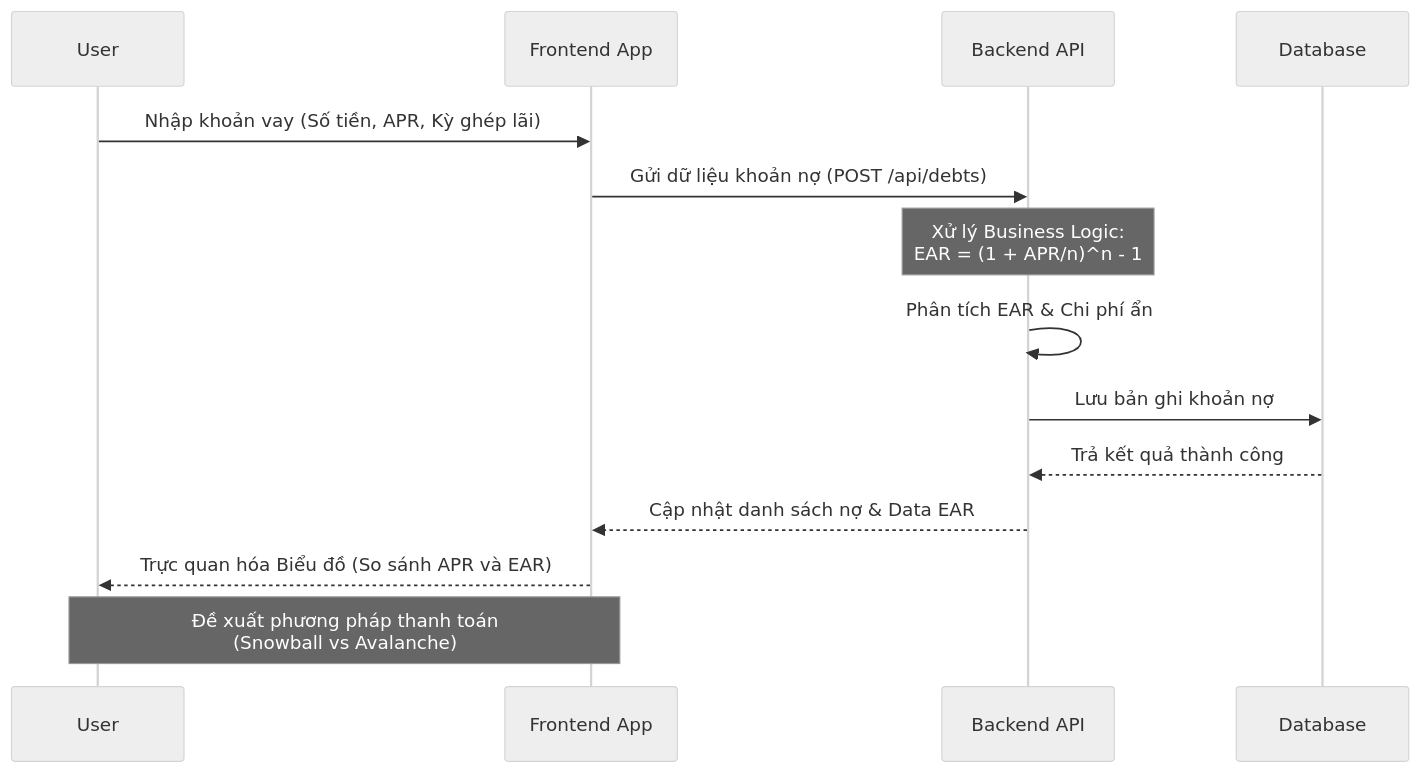
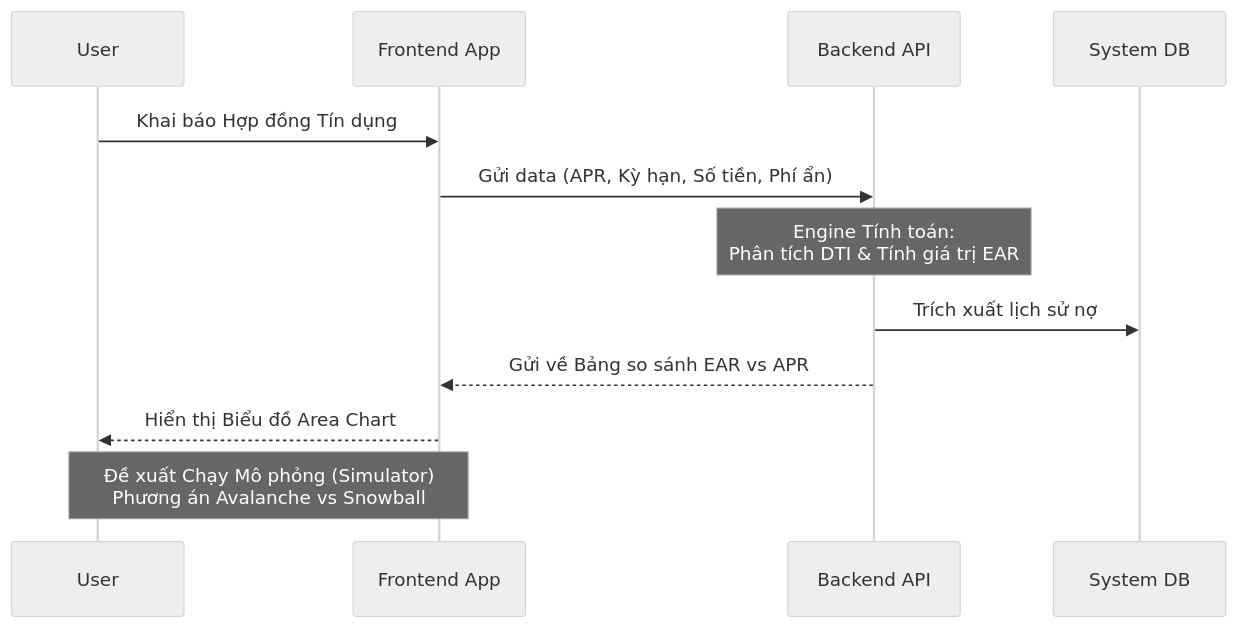
Before and after one commit to maaitlunghau/finance-webdev-adventure: the second of 2 diagrams in README.md, drawn with Mermaid (neutral theme). The commit also changed other lines of this file, not shown here.

````diff
--- a/README.md
+++ b/README.md
@@ -89,17 +92,15 @@
 ```mermaid
 sequenceDiagram
     participant U as User
     participant F as Frontend App
     participant B as Backend API
-    participant DB as Database
+    participant DB as System DB
 
-    U->>F: Nhập khoản vay (Số tiền, APR, Kỳ ghép lãi)
-    F->>B: Gửi dữ liệu khoản nợ (POST /api/debts)
-    Note over B: Xử lý Business Logic:<br/>EAR = (1 + APR/n)^n - 1
-    B->>B: Phân tích EAR & Chi phí ẩn
-    B->>DB: Lưu bản ghi khoản nợ
-    DB-->>B: Trả kết quả thành công
-    B-->>F: Cập nhật danh sách nợ & Data EAR
-    F-->>U: Trực quan hóa Biểu đồ (So sánh APR và EAR)
-    Note over U,F: Đề xuất phương pháp thanh toán<br/>(Snowball vs Avalanche)
+    U->>F: Khai báo Hợp đồng Tín dụng
+    F->>B: Gửi data (APR, Kỳ hạn, Số tiền, Phí ẩn)
+    Note over B: Engine Tính toán: <br/> Phân tích DTI & Tính giá trị EAR
+    B->>DB: Trích xuất lịch sử nợ
+    B-->>F: Gửi về Bảng so sánh EAR vs APR
+    F-->>U: Hiển thị Biểu đồ Area Chart
+    Note over U,F: Đề xuất Chạy Mô phỏng (Simulator) <br/>Phương án Avalanche vs Snowball
 ```
````
